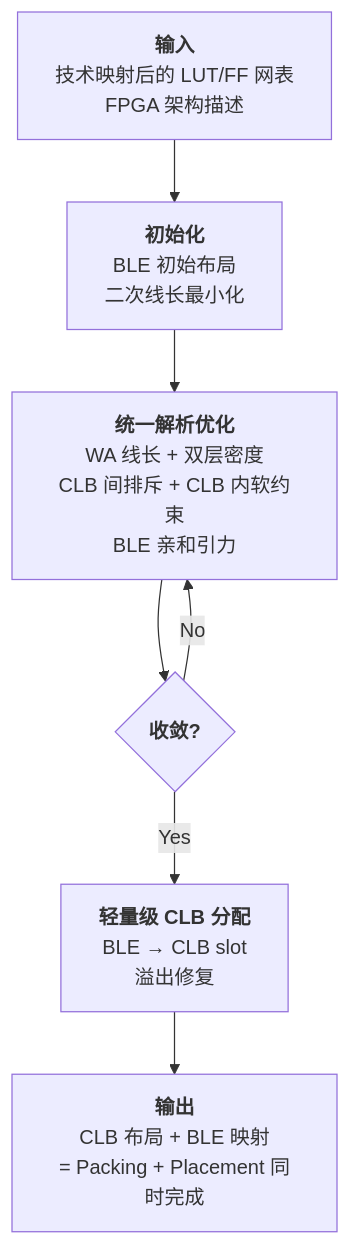
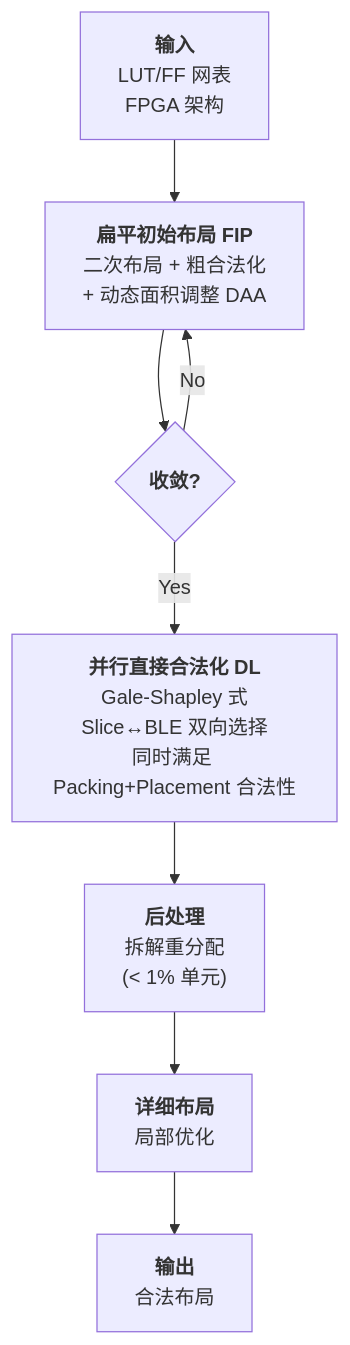
The third of 3 diagrams in paper_analysis/day4_FPGA_Placement_No_Packing.md (Xinyu-lumos/EDA-paper-analysis), drawn with Mermaid before and after one commit. The commit also changed other lines of this file, not shown here.

First line of the commit message:
docs: rewrite Day 4 FPGA placement analysis based on full paper

````diff
--- a/paper_analysis/day4_FPGA_Placement_No_Packing.md
+++ b/paper_analysis/day4_FPGA_Placement_No_Packing.md
@@ -302,9 +320,10 @@
 ```mermaid
 graph TD
-    A["<b>输入</b><br/>技术映射后的 LUT/FF 网表<br/>FPGA 架构描述"] --> B["<b>初始化</b><br/>BLE 初始布局<br/>二次线长最小化"]
-    B --> C["<b>统一解析优化</b><br/>WA 线长 + 双层密度<br/>CLB 间排斥 + CLB 内软约束<br/>BLE 亲和引力"]
-    C --> D{"<b>收敛?</b>"}
-    D -->|No| C
-    D -->|Yes| E["<b>轻量级 CLB 分配</b><br/>BLE → CLB slot<br/>溢出修复"]
-    E --> F["<b>输出</b><br/>CLB 布局 + BLE 映射<br/>= Packing + Placement 同时完成"]
+    A["<b>输入</b><br/>LUT/FF 网表<br/>FPGA 架构"] --> B["<b>扁平初始布局 FIP</b><br/>二次布局 + 粗合法化<br/>+ 动态面积调整 DAA"]
+    B --> C{"<b>收敛?</b>"}
+    C -->|No| B
+    C -->|Yes| D["<b>并行直接合法化 DL</b><br/>Gale-Shapley 式<br/>Slice↔BLE 双向选择<br/>同时满足 Packing+Placement 合法性"]
+    D --> E["<b>后处理</b><br/>拆解重分配<br/>(< 1% 单元)"]
+    E --> F["<b>详细布局</b><br/>局部优化"]
+    F --> G["<b>输出</b><br/>合法布局"]
 ```
````
